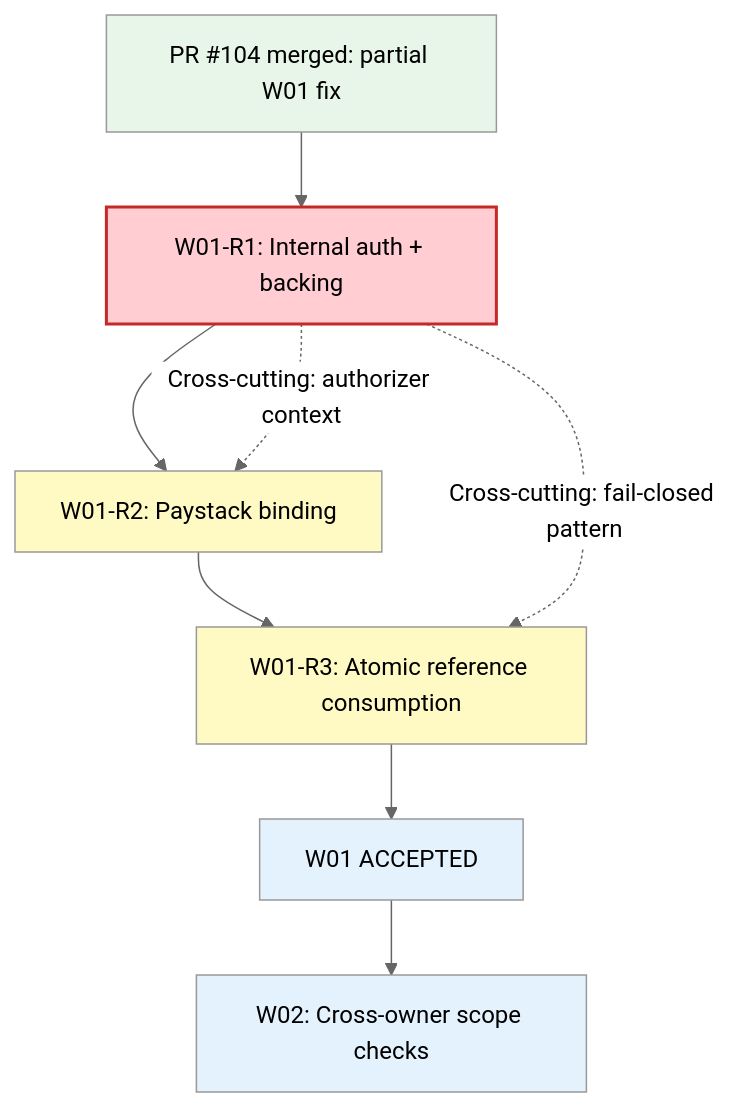
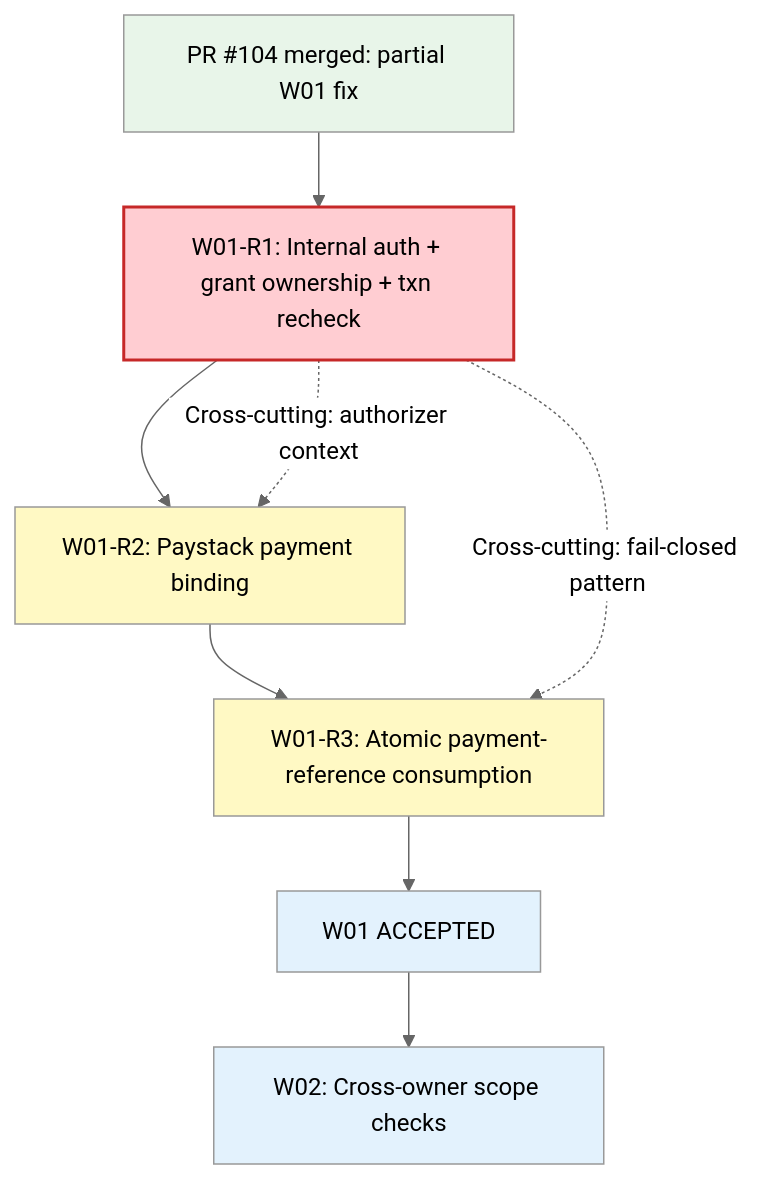
The third of 3 diagrams in docs/superpowers/specs/2026-10-27-W01-R1-internal-funding-authorization.md (SM-Web-Systems/lms-crypto-production), drawn with Mermaid (neutral theme) before and after one commit. The commit also changed other lines of this file and 5 other files, not shown here.

First line of the commit message:
fix(rewards): W01-R1 — correct grant ownership and transaction-time authorization

````diff
--- a/docs/superpowers/specs/2026-10-27-W01-R1-internal-funding-authorization.md
+++ b/docs/superpowers/specs/2026-10-27-W01-R1-internal-funding-authorization.md
@@ -311,18 +393,18 @@
 ```mermaid
 flowchart TD
-    W01_PR104[PR #104 merged: partial W01 fix] --> R1[W01-R1: Internal auth + backing]
-    R1 --> R2[W01-R2: Paystack binding]
-    R2 --> R3[W01-R3: Atomic reference consumption]
+    W01_PR104[PR #104 merged: partial W01 fix] --> R1[W01-R1: Internal auth + grant ownership + txn recheck]
+    R1 --> R2[W01-R2: Paystack payment binding]
+    R2 --> R3[W01-R3: Atomic payment-reference consumption]
     R3 --> W01_CLOSE[W01 ACCEPTED]
     W01_CLOSE --> W02[W02: Cross-owner scope checks]
 
     R1 -.->|Cross-cutting: authorizer context| R2
     R1 -.->|Cross-cutting: fail-closed pattern| R3
 
     style W01_PR104 fill:#e8f5e9
     style R1 fill:#ffcdd2,stroke:#c62828,stroke-width:2px
     style R2 fill:#fff9c4
     style R3 fill:#fff9c4
     style W01_CLOSE fill:#e3f2fd
     style W02 fill:#e3f2fd
 ```
````
